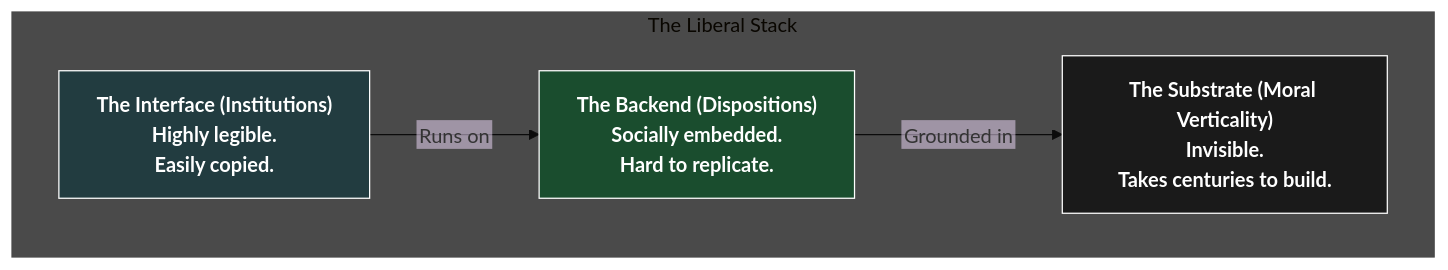
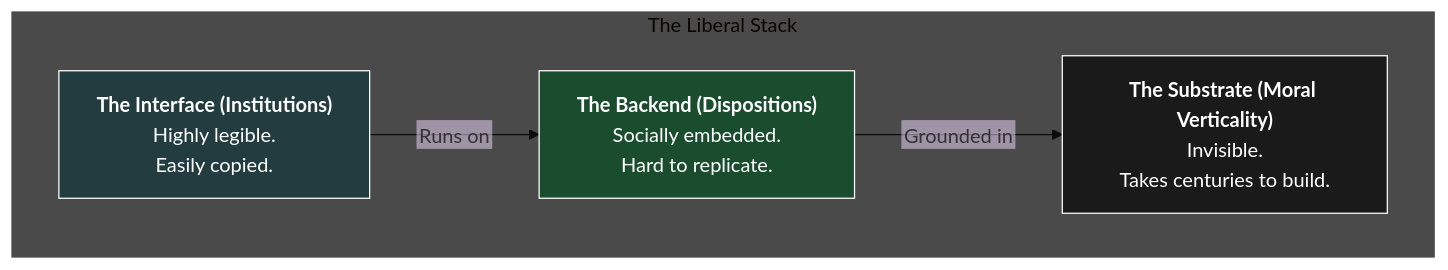
The diagram in _posts/2026-04-01-the-liberal-interface.md (Shelbournator/thoughts), drawn with Mermaid (base theme) before and after one commit.

````diff
--- a/_posts/2026-04-01-the-liberal-interface.md
+++ b/_posts/2026-04-01-the-liberal-interface.md
@@ -96,17 +96,17 @@
 ```mermaid
 %%{init: { "flowchart": { "htmlLabels": false } } }%%
 graph TD
     subgraph S["The Liberal Stack"]
-        L1["<b>The Interface (Institutions)<b/><br/>Highly legible.<br/>Easily copied."]
-        L2["<b>The Backend (Dispositions)<b/><br/>Socially embedded.<br/>Hard to replicate."]
-        L3["<b>The Substrate (Moral Verticality)<b/><br/>Invisible.<br/>Takes centuries to build."]
+        L1["<b>The Interface (Institutions)</b><br/>Highly legible.<br/>Easily copied."]
+        L2["<b>The Backend (Dispositions)</b><br/>Socially embedded.<br/>Hard to replicate."]
+        L3["<b>The Substrate (Moral Verticality)</b><br/>Invisible.<br/>Takes centuries to build."]
     end
 
     L1 -->|Runs on| L2
     L2 -->|Grounded in| L3
 
     style S fill:#4a4a4a,stroke:#4a4a4a,color:#fff
     style L1 fill:#223c40,stroke:#fff,color:#fff
     style L2 fill:#1a4d2e,stroke:#fff,color:#fff
     style L3 fill:#1a1a1a,stroke:#fff,color:#fff
 ```
````
